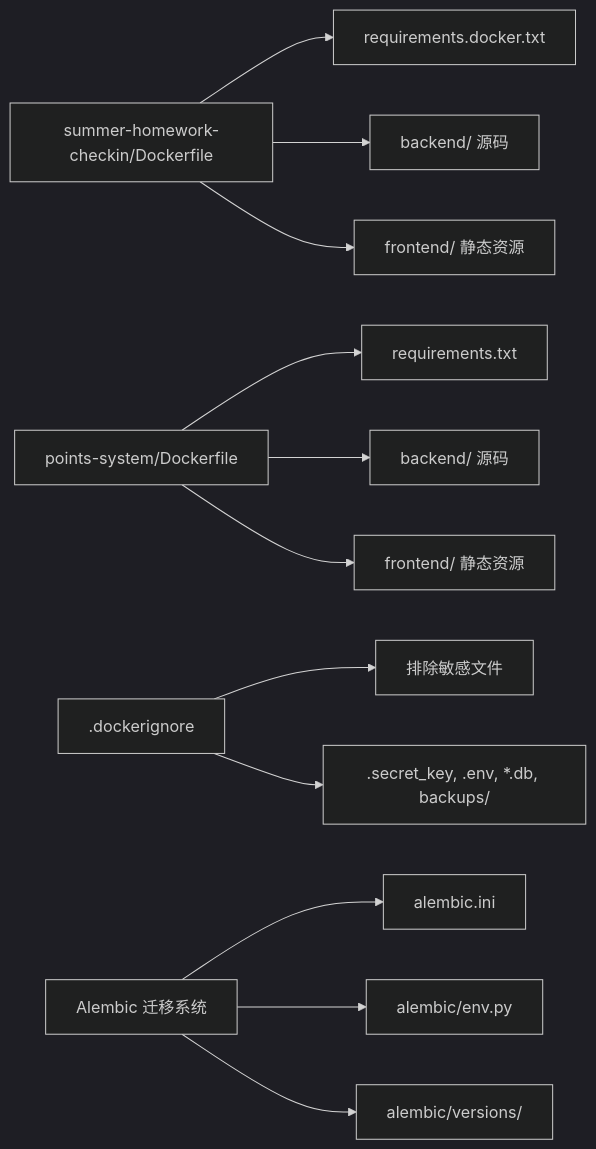
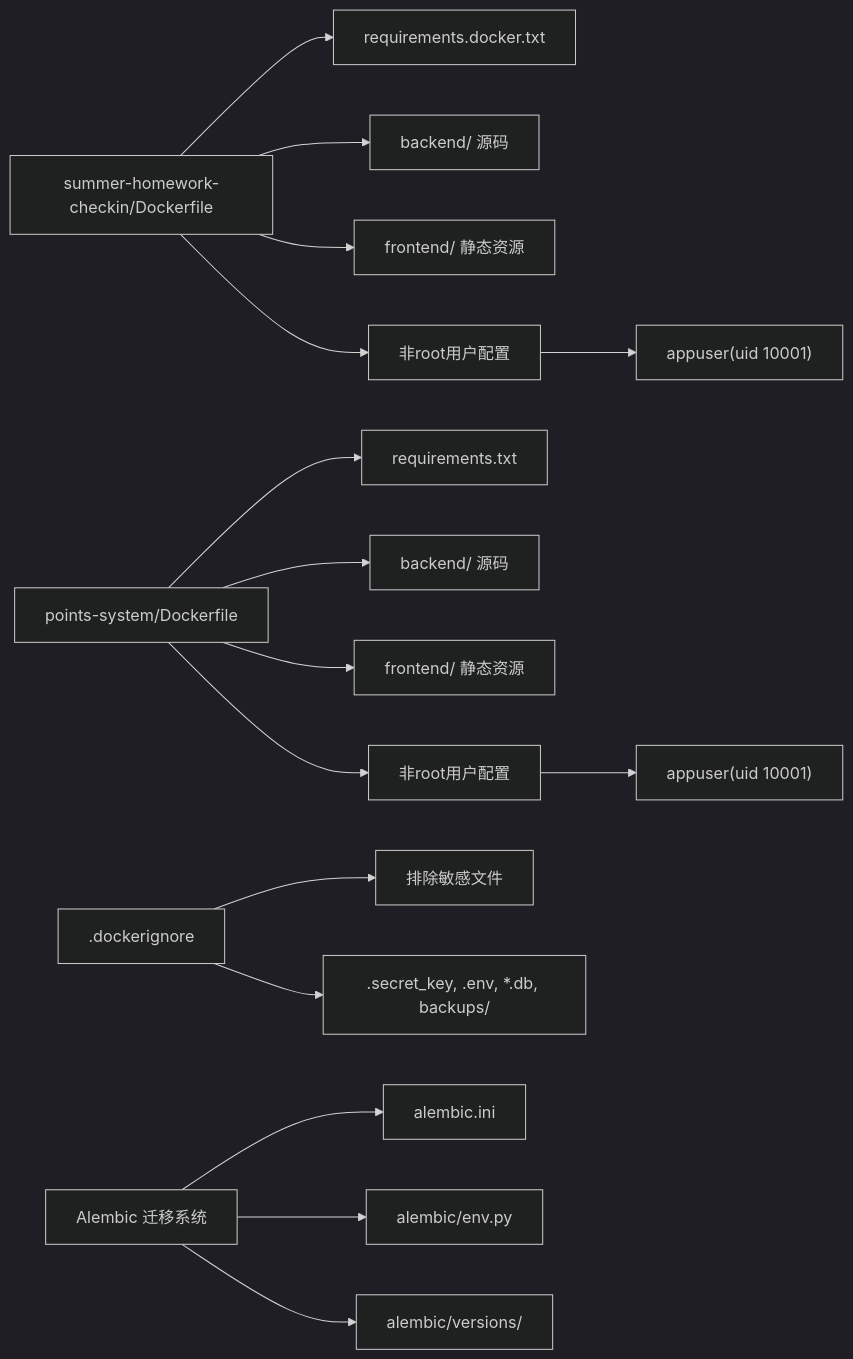
Before and after one commit to onebody/homework: the fifth of 5 diagrams in .qoder/repowiki/zh/content/部署与运维指南/Docker容器化部署.md, drawn with Mermaid (dark theme). The commit also changed other lines of this file and 28 other files, not shown here.

````diff
--- a/.qoder/repowiki/zh/content/部署与运维指南/Docker容器化部署.md
+++ b/.qoder/repowiki/zh/content/部署与运维指南/Docker容器化部署.md
@@ -286,14 +305,18 @@
 ```mermaid
 graph LR
 A["summer-homework-checkin/Dockerfile"] --> B["requirements.docker.txt"]
 A --> C["backend/ 源码"]
 A --> D["frontend/ 静态资源"]
-E["points-system/Dockerfile"] --> F["requirements.txt"]
-E --> G["backend/ 源码"]
-E --> H["frontend/ 静态资源"]
-I[".dockerignore"] --> J["排除敏感文件"]
-I --> K[".secret_key, .env, *.db, backups/"]
-L["Alembic 迁移系统"] --> M["alembic.ini"]
-L --> N["alembic/env.py"]
-L --> O["alembic/versions/"]
+A --> E["非root用户配置"]
+E --> F["appuser(uid 10001)"]
+G["points-system/Dockerfile"] --> H["requirements.txt"]
+G --> I["backend/ 源码"]
+G --> J["frontend/ 静态资源"]
+G --> K["非root用户配置"]
+K --> L["appuser(uid 10001)"]
+M[".dockerignore"] --> N["排除敏感文件"]
+M --> O[".secret_key, .env, *.db, backups/"]
+P["Alembic 迁移系统"] --> Q["alembic.ini"]
+P --> R["alembic/env.py"]
+P --> S["alembic/versions/"]
 ```
````
